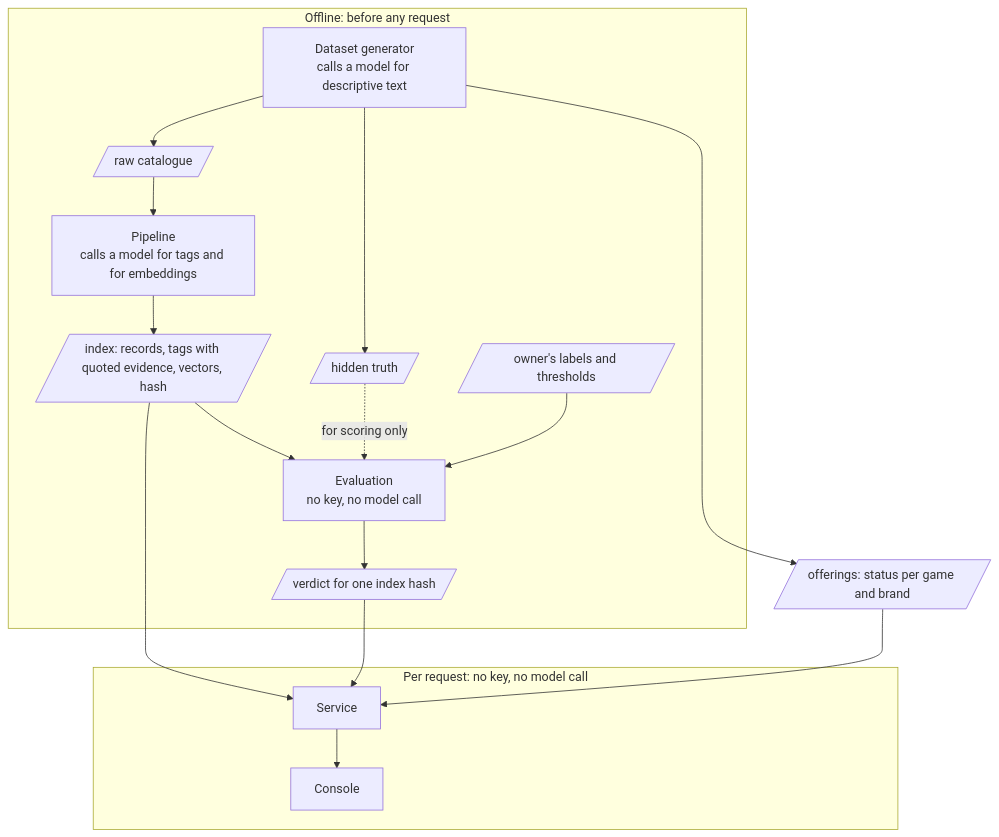
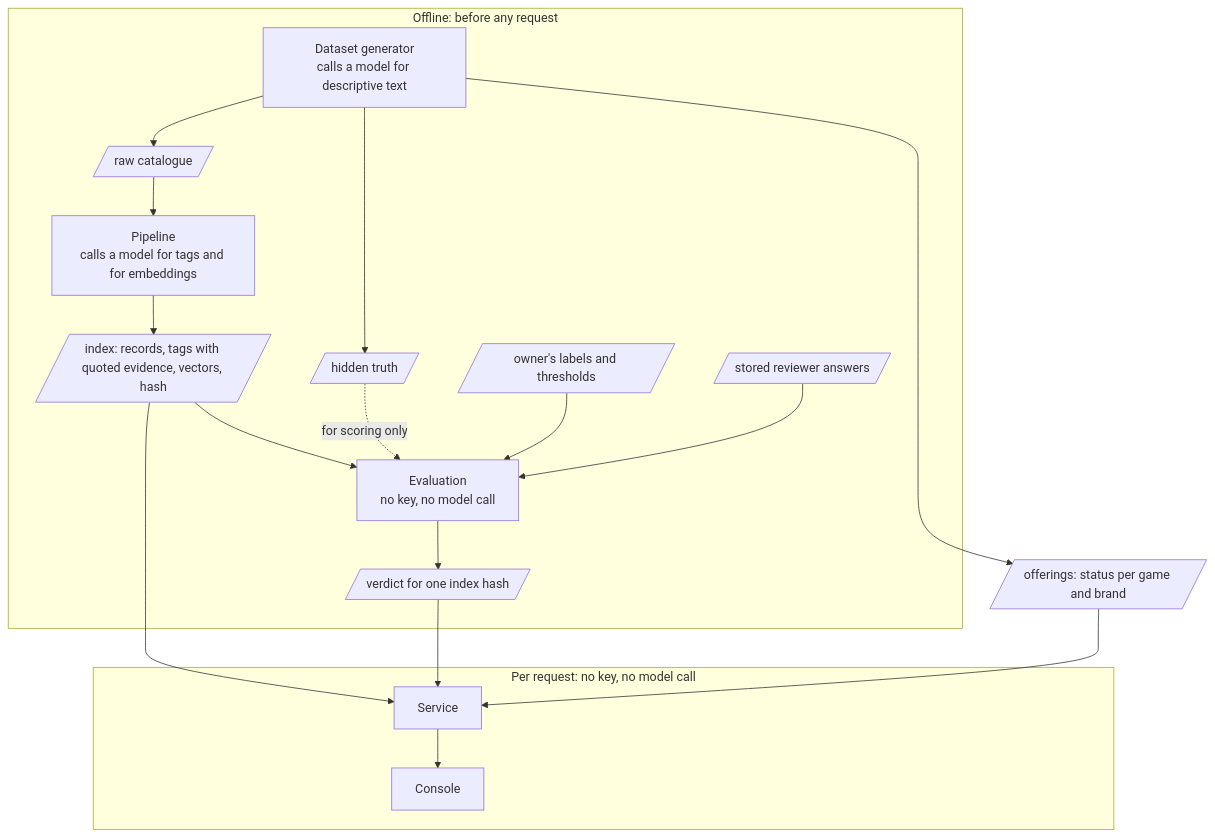
One commit to AndriiPasternak31/because-you-played changed the diagram in docs/architecture.md. Above: the diagram before and after it, drawn with Mermaid. The commit also changed other lines of this file and 53 other files, not shown here.

````diff
--- a/docs/architecture.md
+++ b/docs/architecture.md
@@ -17,31 +17,33 @@
 ```mermaid
 flowchart TD
   subgraph OFFLINE["Offline: before any request"]
     GEN["Dataset generator<br/>calls a model for descriptive text"]
     RAW[/"raw catalogue"/]
     TRUTH[/"hidden truth"/]
     PIPE["Pipeline<br/>calls a model for tags and for embeddings"]
     INDEX[/"index: records, tags with quoted evidence, vectors, hash"/]
     REFS[/"owner's labels and thresholds"/]
+    ANSWERS[/"stored reviewer answers"/]
     EVAL["Evaluation<br/>no key, no model call"]
     VERDICT[/"verdict for one index hash"/]
   end
   OFFER[/"offerings: status per game and brand"/]
   subgraph REQUEST["Per request: no key, no model call"]
     SVC["Service"]
     CON["Console"]
   end
   GEN --> RAW
   GEN --> TRUTH
   GEN --> OFFER
   RAW --> PIPE
   PIPE --> INDEX
   INDEX --> EVAL
   TRUTH -.->|for scoring only| EVAL
   REFS --> EVAL
+  ANSWERS --> EVAL
   EVAL --> VERDICT
   INDEX --> SVC
   VERDICT --> SVC
   OFFER --> SVC
   SVC --> CON
 ```
````
